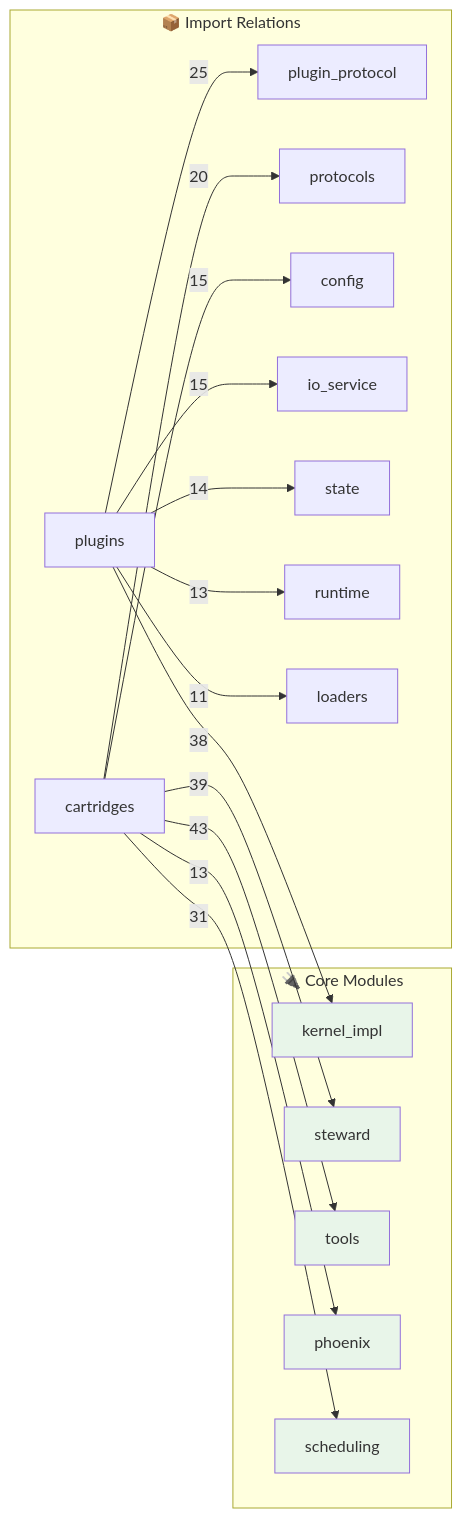
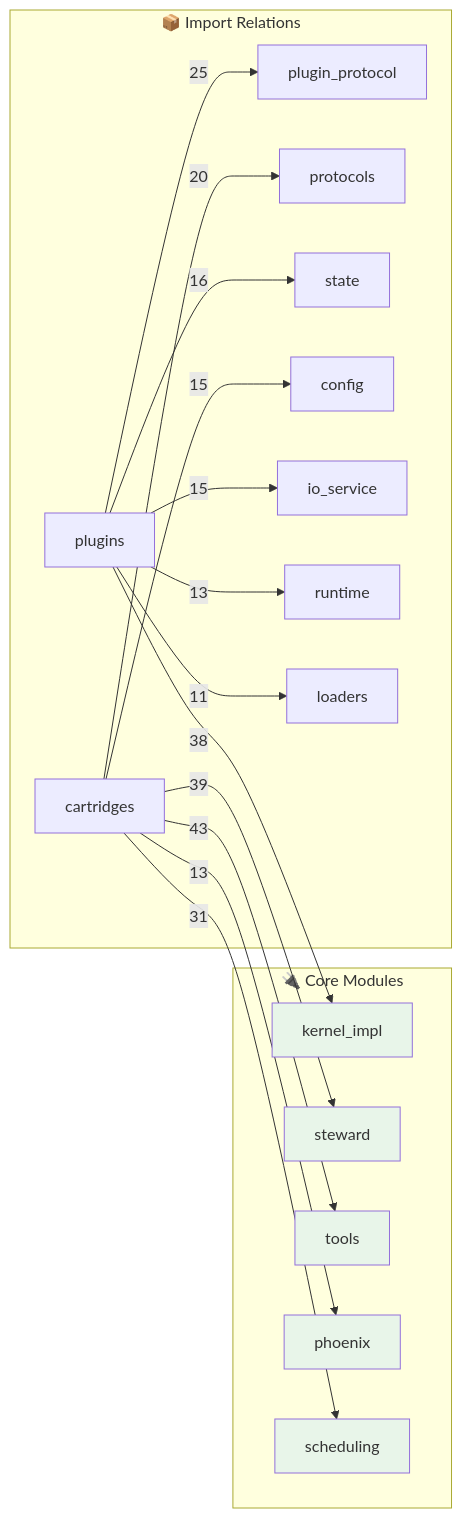
The second of 2 diagrams in OPUS.md (kimeisele/steward-protocol), drawn with Mermaid before and after one commit. The commit also changed other lines of this file and 14 other files, not shown here.

````diff
--- a/OPUS.md
+++ b/OPUS.md
@@ -525,31 +525,31 @@
 ```mermaid
 flowchart LR
     subgraph Core["🔌 Core Modules"]
         kernel_impl[kernel_impl]
         steward[steward]
         tools[tools]
         phoenix[phoenix]
         scheduling[scheduling]
     end
 
     subgraph Edges["📦 Import Relations"]
         cartridges -->|43| tools
         cartridges -->|39| steward
         plugins -->|38| kernel_impl
         cartridges -->|31| scheduling
         plugins -->|25| plugin_protocol
         cartridges -->|20| protocols
+        plugins -->|16| state
         cartridges -->|15| config
         plugins -->|15| io_service
-        plugins -->|14| state
         cartridges -->|13| phoenix
         plugins -->|13| runtime
         plugins -->|11| loaders
     end
 
     style kernel_impl fill:#e8f5e9
     style steward fill:#e8f5e9
     style tools fill:#e8f5e9
     style phoenix fill:#e8f5e9
     style scheduling fill:#e8f5e9
 ```
````
